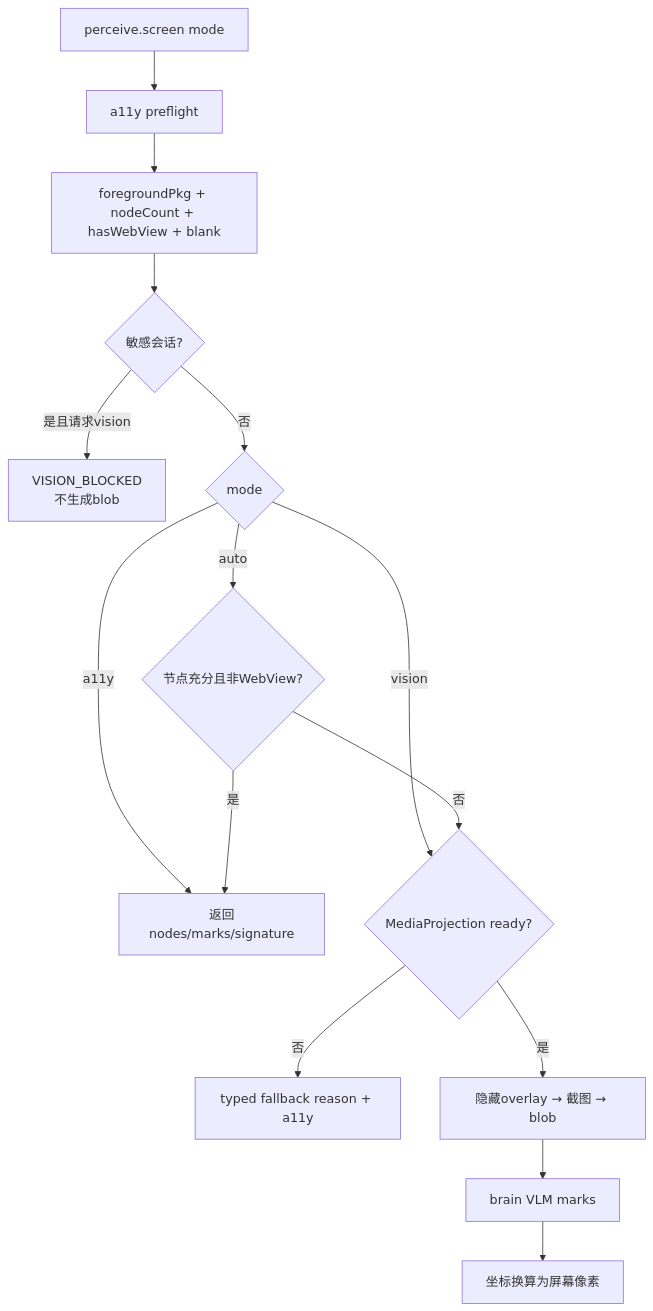
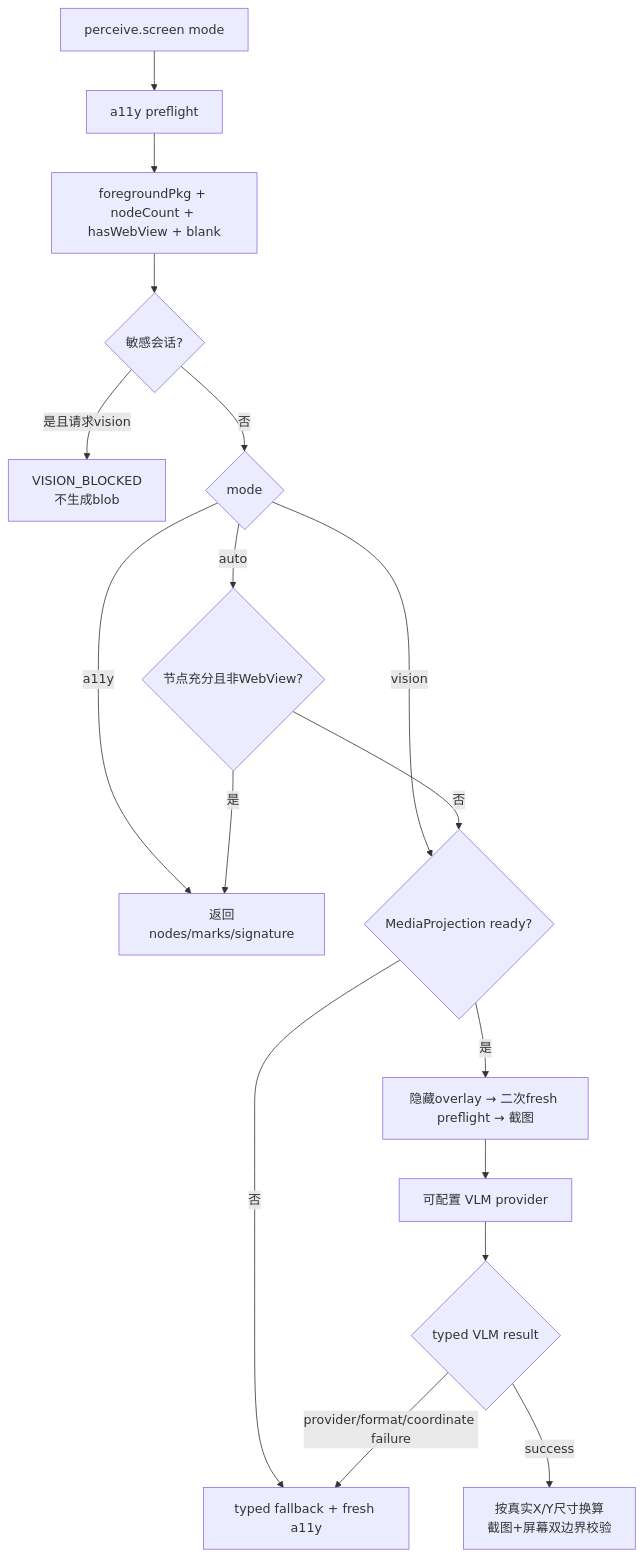
The fourth of 6 diagrams in docs/17-当前方案设计.md (taomic2035/SuperAgent-Android), drawn with Mermaid before and after one commit. The commit also changed other lines of this file and 27 other files, not shown here.

````diff
--- a/docs/17-当前方案设计.md
+++ b/docs/17-当前方案设计.md
@@ -160,17 +160,19 @@
 ```mermaid
 flowchart TD
   Q[perceive.screen mode] --> A[a11y preflight]
   A --> F[foregroundPkg + nodeCount + hasWebView + blank]
   F --> S{敏感会话?}
   S -->|是且请求vision| D[VISION_BLOCKED<br/>不生成blob]
   S -->|否| M{mode}
   M -->|a11y| L[返回nodes/marks/signature]
   M -->|vision| R{MediaProjection ready?}
   M -->|auto| U{节点充分且非WebView?}
   U -->|是| L
   U -->|否| R
-  R -->|否| B[typed fallback reason + a11y]
-  R -->|是| O[隐藏overlay → 截图 → blob]
-  O --> V[brain VLM marks]
-  V --> Z[坐标换算为屏幕像素]
+  R -->|否| B[typed fallback + fresh a11y]
+  R -->|是| O[隐藏overlay → 二次fresh preflight → 截图]
+  O --> V[可配置 VLM provider]
+  V --> T{typed VLM result}
+  T -->|success| Z[按真实X/Y尺寸换算<br/>截图+屏幕双边界校验]
+  T -->|provider/format/coordinate failure| B
 ```
````
